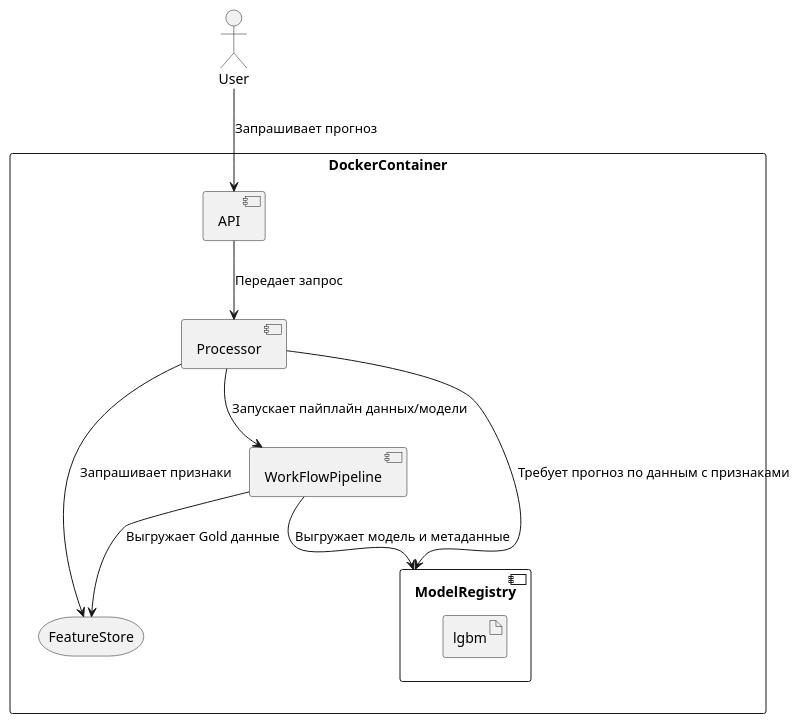
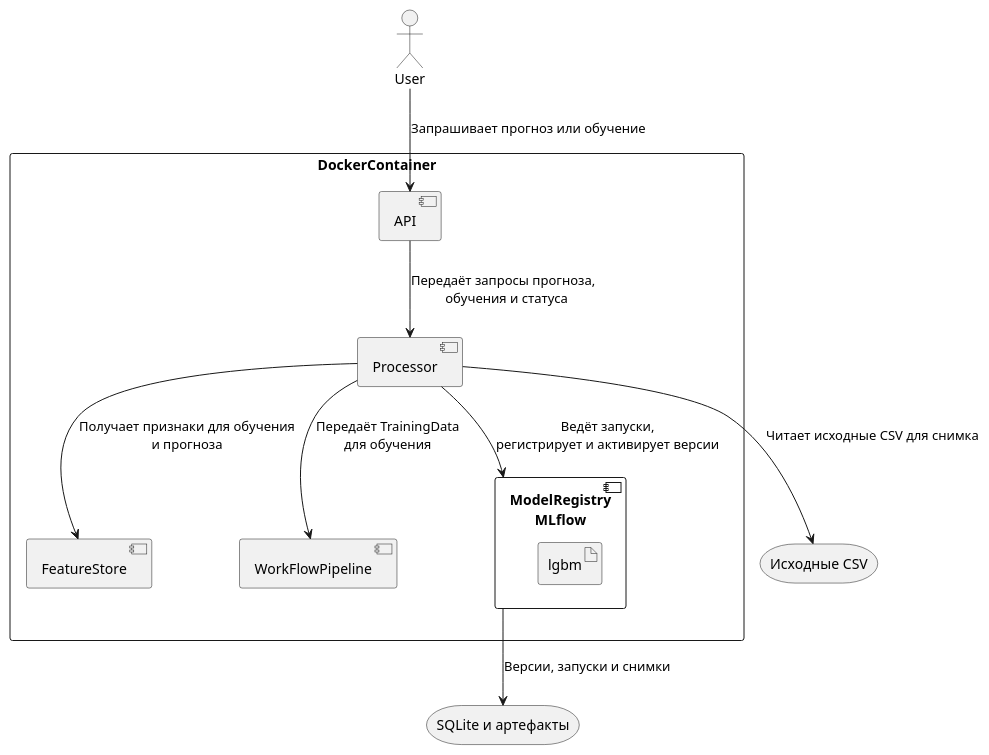
The diagram in docs/uml/deployment.puml (EHoTuK1/ml-tabular-pfs), drawn with PlantUML before and after one commit. The commit also changed 8 other files, not shown here.

```diff
--- a/docs/uml/deployment.puml
+++ b/docs/uml/deployment.puml
@@ -1,25 +1,27 @@
 @startuml deployment
 top to bottom direction
 ' skinparam linetype polyline
 
 actor User
 rectangle DockerContainer {
     component API
-    component ModelRegistry {
+    component "ModelRegistry\nMLflow" as ModelRegistry {
         artifact lgbm
     }
     component Processor
-    storage FeatureStore
+    component FeatureStore
     component WorkFlowPipeline
 }
 
-User --> API : Запрашивает прогноз
-API --> Processor : Передает запрос
-Processor --> FeatureStore : Запрашивает признаки
-Processor --> ModelRegistry : Требует прогноз по данным c признаками
-Processor --> WorkFlowPipeline : Запускает пайплайн данных/модели
-WorkFlowPipeline --> FeatureStore : Выгружает Gold данные
-WorkFlowPipeline --> ModelRegistry : Выгружает модель и метаданные
+storage "Исходные CSV" as Dataset
+storage "SQLite и артефакты" as Volume
 
+User --> API : Запрашивает прогноз или обучение
+API --> Processor : Передаёт запросы прогноза, \n обучения и статуса
+Processor --> WorkFlowPipeline : Передаёт TrainingData\nдля обучения
+Processor --> ModelRegistry : Ведёт запуски,\nрегистрирует и активирует версии
+Processor --> FeatureStore : Получает признаки для обучения\nи прогноза
+Processor --> Dataset : Читает исходные CSV для снимка
+ModelRegistry --> Volume : Версии, запуски и снимки
 
 @enduml
```
